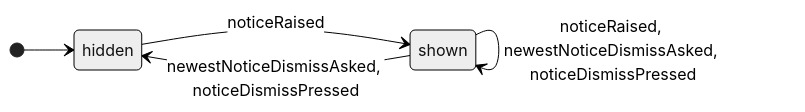
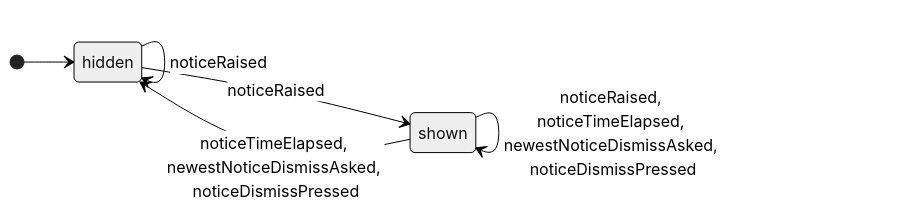
One commit to GoodRelax/gr-scheduler changed diagram 15 of 27 in docs/spec/_assets/tbl-state-machines.md. Above: the diagram before and after it, drawn with Mermaid (neutral theme). The commit also changed other lines of this file and 35 other files, not shown here.

````diff
--- a/docs/spec/_assets/tbl-state-machines.md
+++ b/docs/spec/_assets/tbl-state-machines.md
@@ -595,10 +596,11 @@
 ```mermaid
 stateDiagram-v2
     direction LR
     [*] --> noticeDisplayStateMachine_hidden
     noticeDisplayStateMachine_hidden : hidden
     noticeDisplayStateMachine_shown : shown
+    noticeDisplayStateMachine_hidden --> noticeDisplayStateMachine_hidden : noticeRaised
     noticeDisplayStateMachine_hidden --> noticeDisplayStateMachine_shown : noticeRaised
-    noticeDisplayStateMachine_shown --> noticeDisplayStateMachine_shown : noticeRaised, newestNoticeDismissAsked, noticeDismissPressed
-    noticeDisplayStateMachine_shown --> noticeDisplayStateMachine_hidden : newestNoticeDismissAsked, noticeDismissPressed
+    noticeDisplayStateMachine_shown --> noticeDisplayStateMachine_shown : noticeRaised, noticeTimeElapsed, newestNoticeDismissAsked, noticeDismissPressed
+    noticeDisplayStateMachine_shown --> noticeDisplayStateMachine_hidden : noticeTimeElapsed, newestNoticeDismissAsked, noticeDismissPressed
 ```
````
